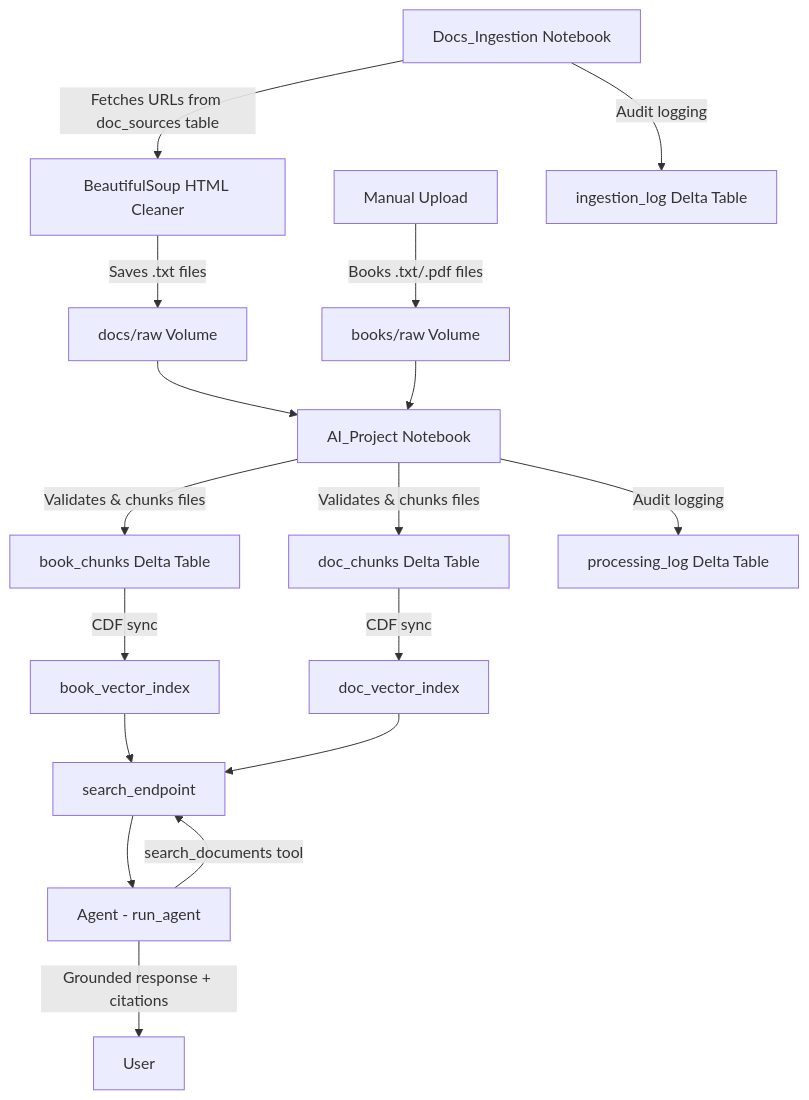
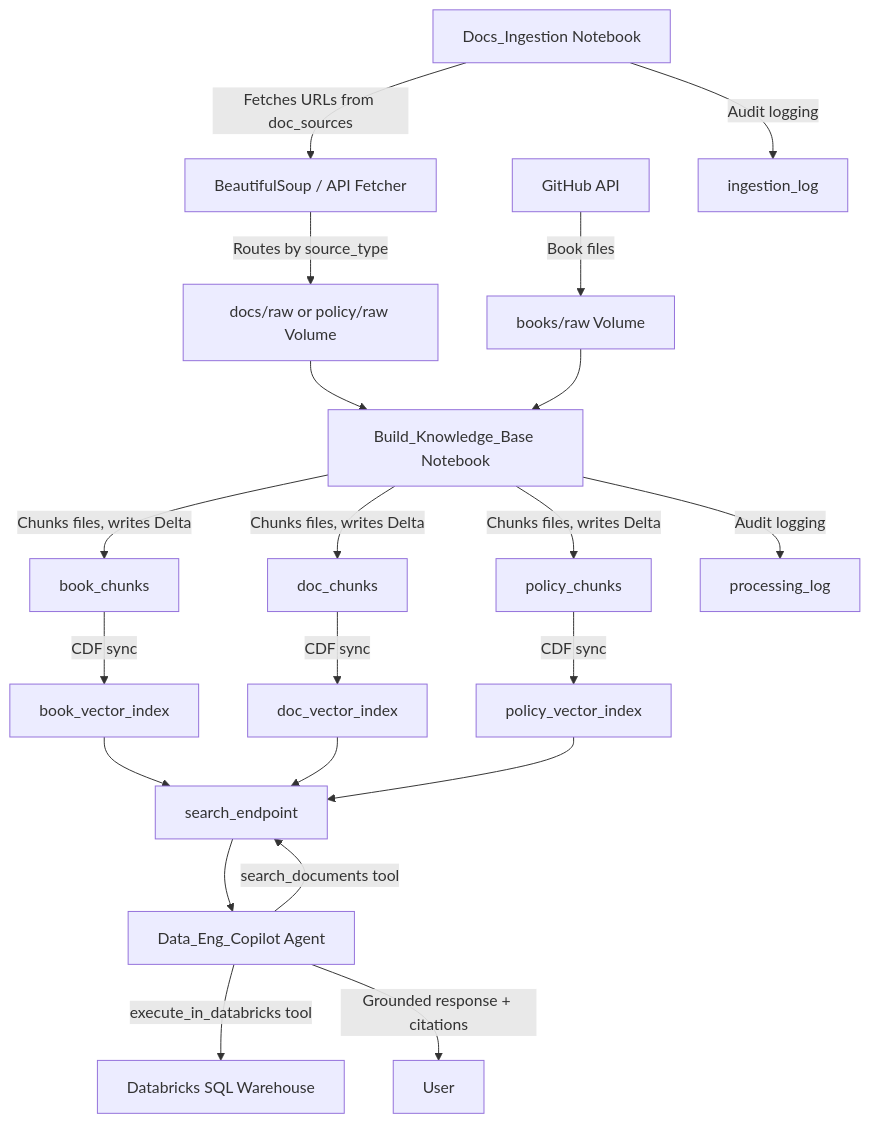
One commit to seaninc-training/databricks-ai-project changed the diagram in README.md. Above: the diagram before and after it, drawn with Mermaid. The commit also changed other lines of this file, not shown here.

````diff
--- a/README.md
+++ b/README.md
@@ -20,25 +21,29 @@
 ```mermaid
 flowchart TD
-    A[Docs_Ingestion Notebook] -->|Fetches URLs from doc_sources table| B[BeautifulSoup HTML Cleaner]
-    B -->|Saves .txt files| C[docs/raw Volume]
-    D[Manual Upload] -->|Books .txt/.pdf files| E[books/raw Volume]
+    A[Docs_Ingestion Notebook] -->|Fetches URLs from doc_sources| B[BeautifulSoup / API Fetcher]
+    B -->|Routes by source_type| C[docs/raw or policy/raw Volume]
+    D[GitHub API] -->|Book files| E[books/raw Volume]
 
-    C --> F[AI_Project Notebook]
+    C --> F[Build_Knowledge_Base Notebook]
     E --> F
 
-    F -->|Validates & chunks files| G[book_chunks Delta Table]
-    F -->|Validates & chunks files| H[doc_chunks Delta Table]
+    F -->|Chunks files, writes Delta| G[book_chunks]
+    F -->|Chunks files, writes Delta| H[doc_chunks]
+    F -->|Chunks files, writes Delta| I[policy_chunks]
 
-    G -->|CDF sync| I[book_vector_index]
-    H -->|CDF sync| J[doc_vector_index]
+    G -->|CDF sync| J[book_vector_index]
+    H -->|CDF sync| K[doc_vector_index]
+    I -->|CDF sync| L[policy_vector_index]
 
-    I --> K[search_endpoint]
-    J --> K
+    J --> M[search_endpoint]
+    K --> M
+    L --> M
 
-    K --> L[Agent - run_agent]
-    L -->|search_documents tool| K
-    L -->|Grounded response + citations| M[User]
+    M --> N[Data_Eng_Copilot Agent]
+    N -->|search_documents tool| M
+    N -->|execute_in_databricks tool| O[Databricks SQL Warehouse]
+    N -->|Grounded response + citations| P[User]
 
-    F -->|Audit logging| N[processing_log Delta Table]
-    A -->|Audit logging| O[ingestion_log Delta Table]
+    F -->|Audit logging| Q[processing_log]
+    A -->|Audit logging| R[ingestion_log]
 ```
````
